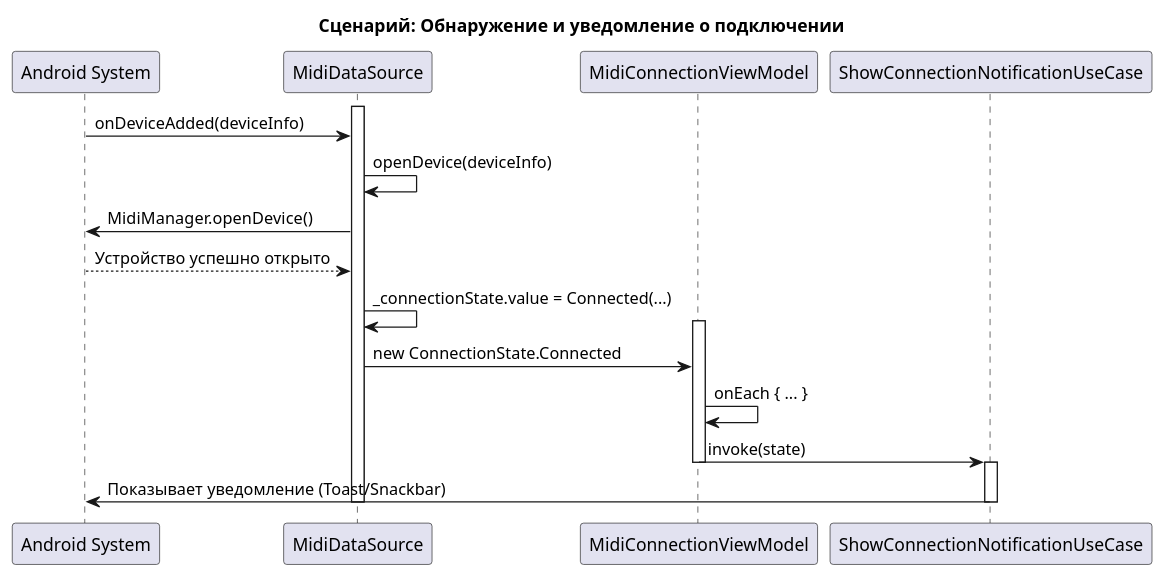
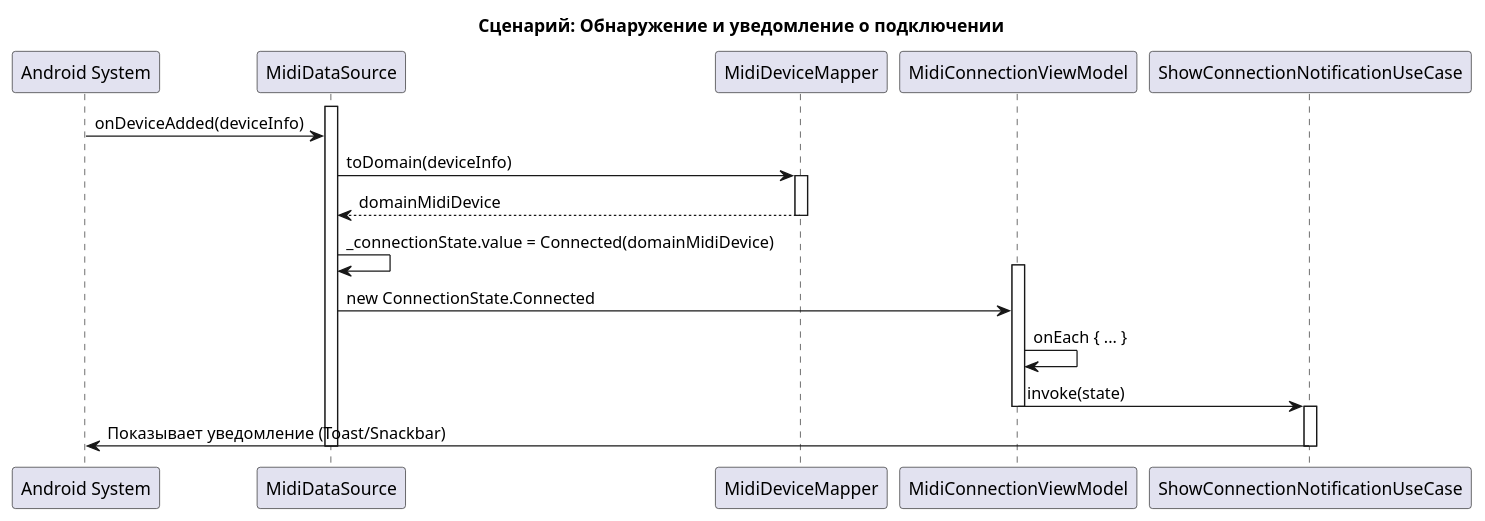
Before and after one commit to astrizhachuk/PianoFlow: the third of 3 diagrams in docs/ts/MIDI_CONNECTION.md, drawn with PlantUML. The commit also changed other lines of this file and 13 other files, not shown here.

````diff
--- a/docs/ts/MIDI_CONNECTION.md
+++ b/docs/ts/MIDI_CONNECTION.md
@@ -177,33 +190,35 @@
 ```plantuml
 @startuml
 title Сценарий: Обнаружение и уведомление о подключении
 
 participant "Android System" as System
 participant "MidiDataSource" as DS
+participant "MidiDeviceMapper" as Mapper
 participant "MidiConnectionViewModel" as VM
 participant "ShowConnectionNotificationUseCase" as NotifyUC
 
 activate DS
 System -> DS : onDeviceAdded(deviceInfo)
 
-DS -> DS : openDevice(deviceInfo)
-DS -> System: MidiManager.openDevice()
-System --> DS: Устройство успешно открыто
+DS -> Mapper : toDomain(deviceInfo)
+activate Mapper
+Mapper --> DS : domainMidiDevice
+deactivate Mapper
 
-DS -> DS : _connectionState.value = Connected(...)
+DS -> DS : _connectionState.value = Connected(domainMidiDevice)
 
 activate VM
 DS -> VM : new ConnectionState.Connected
 VM -> VM : onEach { ... }
 
 VM -> NotifyUC : invoke(state)
 deactivate VM
 
 activate NotifyUC
 NotifyUC -> System: Показывает уведомление (Toast/Snackbar)
 deactivate NotifyUC
 
 deactivate DS
 
 @enduml
 ```
````
